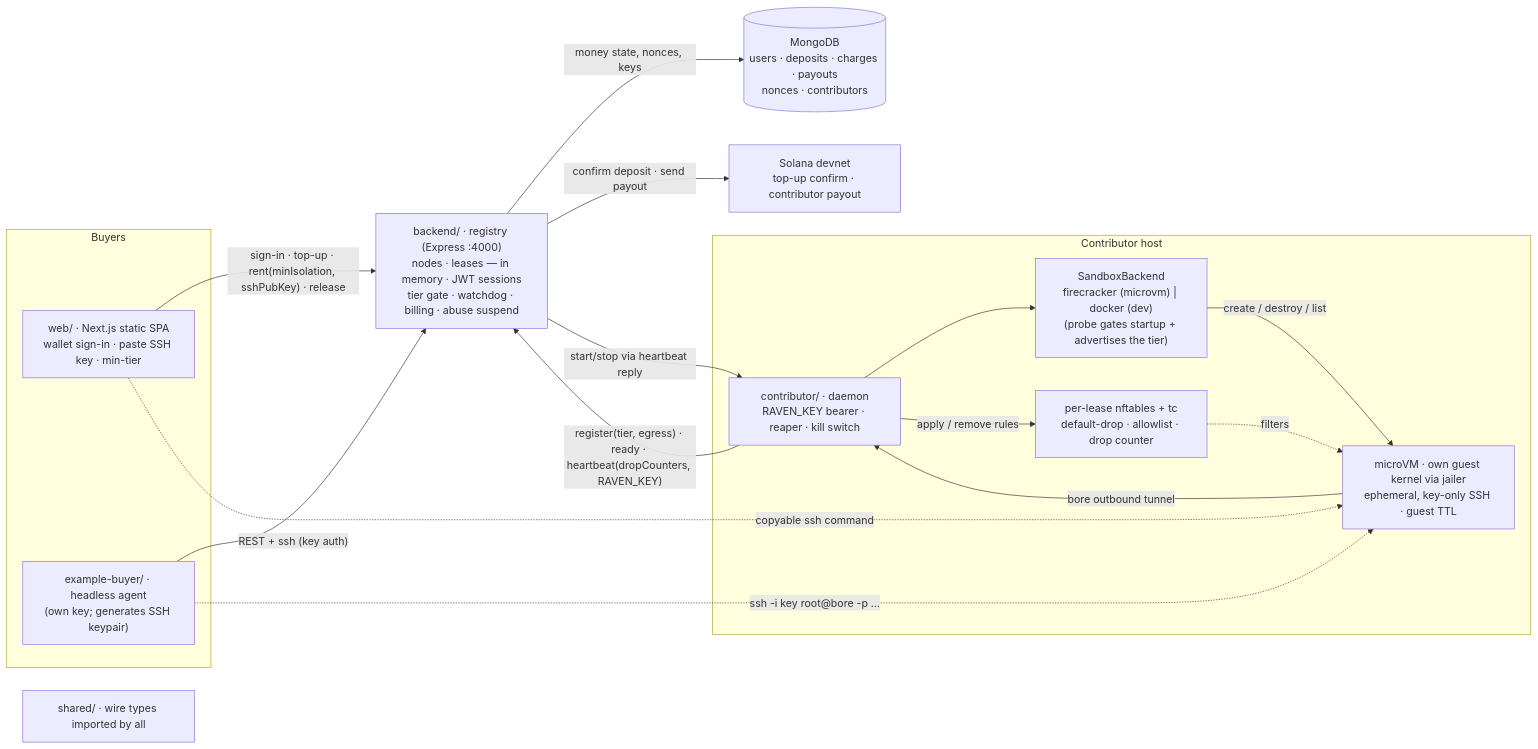
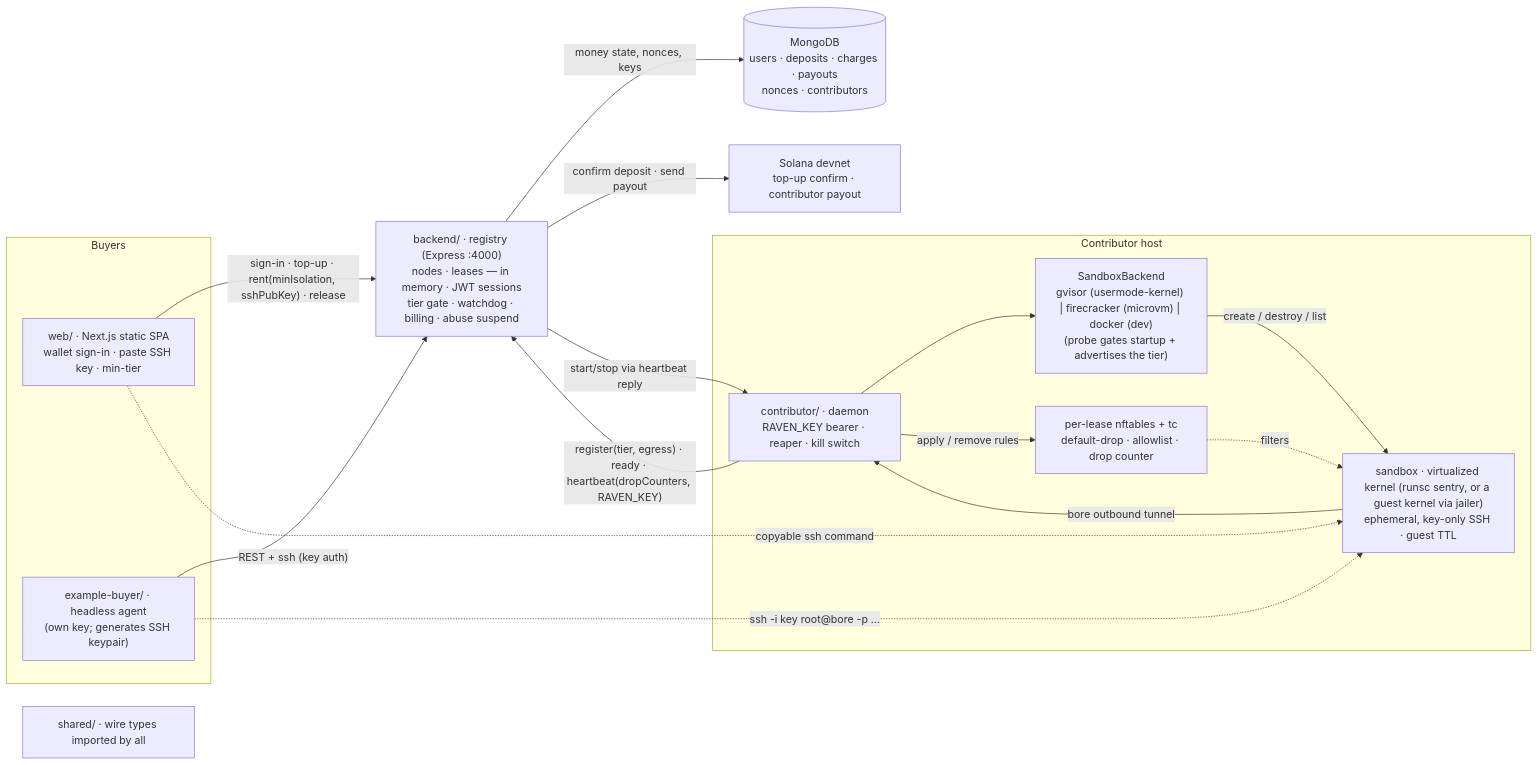
Before and after one commit to Koushikmondal06/RAVEN: the diagram in README.md, drawn with Mermaid. The commit also changed other lines of this file and 15 other files, not shown here.

````diff
--- a/README.md
+++ b/README.md
@@ -11,35 +11,35 @@
 ```mermaid
 flowchart LR
     subgraph buyers [Buyers]
         web["web/ · Next.js static SPA<br/>wallet sign-in · paste SSH key · min-tier"]
         agent["example-buyer/ · headless agent<br/>(own key; generates SSH keypair)"]
     end
 
     registry["backend/ · registry (Express :4000)<br/>nodes · leases — in memory · JWT sessions<br/>tier gate · watchdog · billing · abuse suspend"]
 
     subgraph contribs [Contributor host]
         contributor["contributor/ · daemon<br/>RAVEN_KEY bearer · reaper · kill switch"]
-        backendsel["SandboxBackend<br/>firecracker (microvm) | docker (dev)<br/>(probe gates startup + advertises the tier)"]
-        sandbox["microVM · own guest kernel via jailer<br/>ephemeral, key-only SSH · guest TTL"]
+        backendsel["SandboxBackend<br/>gvisor (usermode-kernel) | firecracker (microvm) | docker (dev)<br/>(probe gates startup + advertises the tier)"]
+        sandbox["sandbox · virtualized kernel (runsc sentry, or a guest kernel via jailer)<br/>ephemeral, key-only SSH · guest TTL"]
         egress["per-lease nftables + tc<br/>default-drop · allowlist · drop counter"]
     end
 
     mongo[("MongoDB<br/>users · deposits · charges · payouts<br/>nonces · contributors")]
     solana["Solana devnet<br/>top-up confirm · contributor payout"]
 
     web -- "sign-in · top-up · rent(minIsolation, sshPubKey) · release" --> registry
     agent -- "REST + ssh (key auth)" --> registry
     registry -- "money state, nonces, keys" --> mongo
     registry -- "confirm deposit · send payout" --> solana
     registry -- "start/stop via heartbeat reply" --> contributor
     contributor -- "register(tier, egress) · ready · heartbeat(dropCounters, RAVEN_KEY)" --> registry
     contributor --> backendsel
     backendsel -- "create / destroy / list" --> sandbox
     contributor -- "apply / remove rules" --> egress
     egress -. "filters" .-> sandbox
     sandbox -- "bore outbound tunnel" --> contributor
     agent -. "ssh -i key root@bore -p …" .-> sandbox
     web -. "copyable ssh command" .-> sandbox
 
     shared["shared/ · wire types imported by all"]
 ```
````
